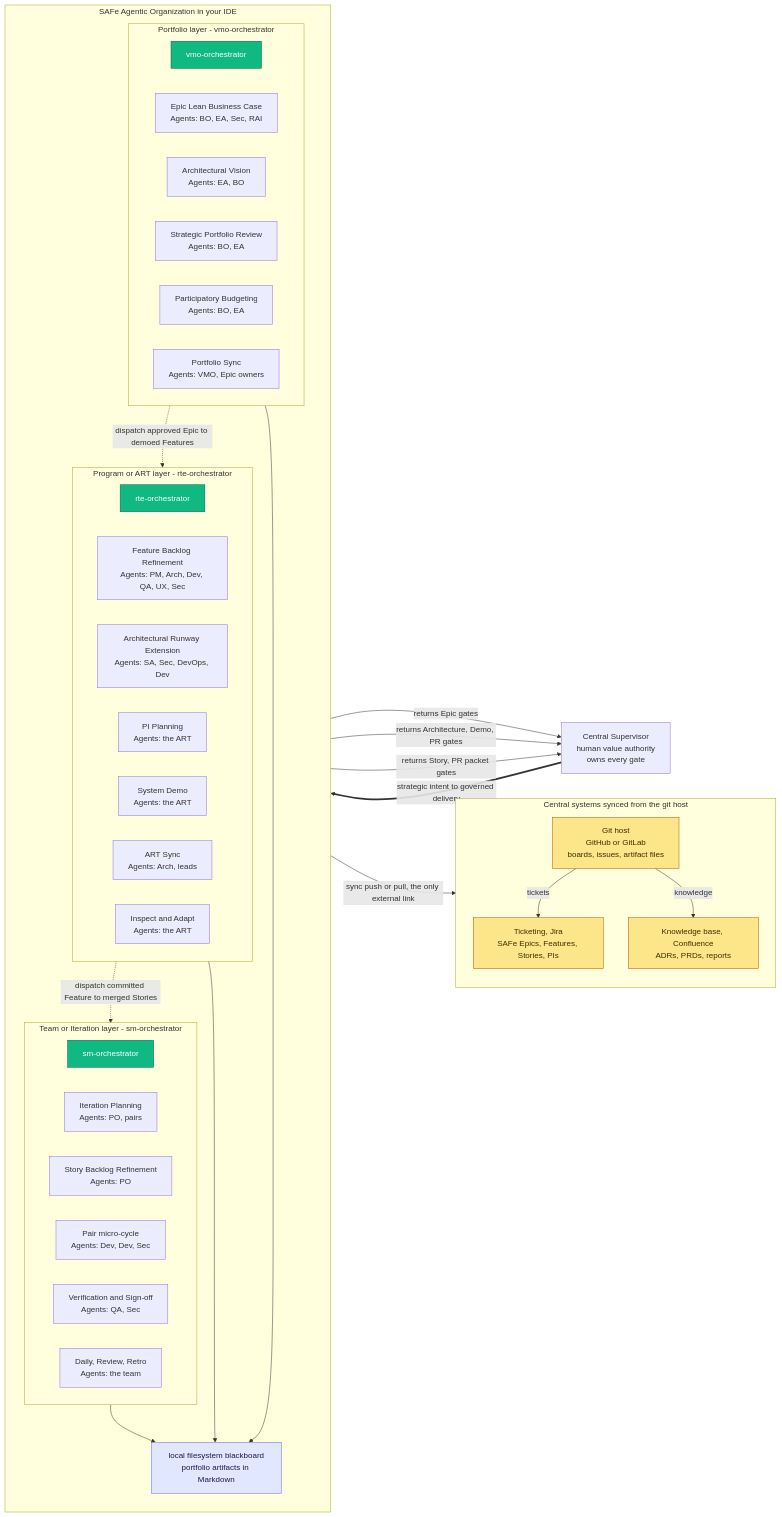
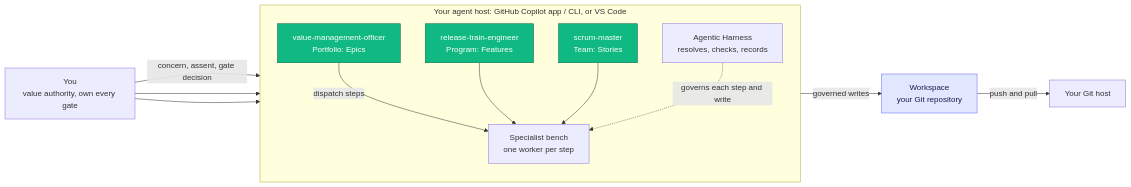
The diagram in saf/index.md (poesis-cloud/pis-documentation-site), drawn with Mermaid before and after one commit. The commit also changed other lines of this file and 18 other files, not shown here.

First line of the commit message:
docs(saf): installation and usage for harness v1.0.0-alpha.1 and organization main (#5)

````diff
--- a/saf/index.md
+++ b/saf/index.md
@@ -29,64 +31,28 @@
 ```mermaid
 flowchart LR
-    CS["Central Supervisor<br/>human value authority<br/>owns every gate"]
-
-    subgraph FW["SAFe Agentic Organization in your IDE"]
+    U["You<br/>value authority, own every gate"]
+    subgraph HOST["Your agent host: GitHub Copilot app / CLI, or VS Code"]
       direction TB
-      subgraph PORT["Portfolio layer - vmo-orchestrator"]
-        direction LR
-        VMO["vmo-orchestrator"]
-        ELBC["Epic Lean Business Case<br/>Agents: BO, EA, Sec, RAI"]
-        AV["Architectural Vision<br/>Agents: EA, BO"]
-        SPR["Strategic Portfolio Review<br/>Agents: BO, EA"]
-        PB["Participatory Budgeting<br/>Agents: BO, EA"]
-        PS["Portfolio Sync<br/>Agents: VMO, Epic owners"]
-      end
-      subgraph PROG["Program or ART layer - rte-orchestrator"]
-        direction LR
-        RTE["rte-orchestrator"]
-        FBR["Feature Backlog Refinement<br/>Agents: PM, Arch, Dev, QA, UX, Sec"]
-        ARE["Architectural Runway Extension<br/>Agents: SA, Sec, DevOps, Dev"]
-        PIP["PI Planning<br/>Agents: the ART"]
-        SD["System Demo<br/>Agents: the ART"]
-        ASY["ART Sync<br/>Agents: Arch, leads"]
-        IA["Inspect and Adapt<br/>Agents: the ART"]
-      end
-      subgraph ITER["Team or Iteration layer - sm-orchestrator"]
-        direction LR
-        SM["sm-orchestrator"]
-        IP["Iteration Planning<br/>Agents: PO, pairs"]
-        SBR["Story Backlog Refinement<br/>Agents: PO"]
-        PAIR["Pair micro-cycle<br/>Agents: Dev, Dev, Sec"]
-        VS["Verification and Sign-off<br/>Agents: QA, Sec"]
-        DSR["Daily, Review, Retro<br/>Agents: the team"]
-      end
-      FSL["local filesystem blackboard<br/>portfolio artifacts in Markdown"]
+      VMO["value-management-officer<br/>Portfolio: Epics"]
+      RTE["release-train-engineer<br/>Program: Features"]
+      SM["scrum-master<br/>Team: Stories"]
+      BENCH["Specialist bench<br/>one worker per step"]
+      H["Agentic Harness<br/>resolves, checks, records"]
     end
-
-    subgraph CENTRAL["Central systems synced from the git host"]
-      direction TB
-      GH["Git host<br/>GitHub or GitLab<br/>boards, issues, artifact files"]
-      JIRA["Ticketing, Jira<br/>SAFe Epics, Features, Stories, PIs"]
-      CONF["Knowledge base, Confluence<br/>ADRs, PRDs, reports"]
-      GH -->|"tickets"| JIRA
-      GH -->|"knowledge"| CONF
-    end
-
-    CS ==>|"strategic intent to governed delivery"| VMO
-    VMO -.->|"dispatch approved Epic to demoed Features"| RTE
-    RTE -.->|"dispatch committed Feature to merged Stories"| SM
-    VMO -->|"returns Epic gates"| CS
-    RTE -->|"returns Architecture, Demo, PR gates"| CS
-    SM -->|"returns Story, PR packet gates"| CS
-    VMO --> FSL
-    RTE --> FSL
-    SM --> FSL
-    FSL -->|"sync push or pull, the only external link"| GH
+    WS["Workspace<br/>your Git repository"]
+    GH["Your Git host"]
+    U -->|"concern, assent, gate decision"| VMO
+    U --> RTE
+    U --> SM
+    VMO -->|"dispatch steps"| BENCH
+    RTE --> BENCH
+    SM --> BENCH
+    H -.->|"governs each step and write"| BENCH
+    BENCH -->|"governed writes"| WS
+    WS -->|"push and pull"| GH
 
     classDef orch fill:#10b981,stroke:#065f46,color:#ffffff;
     classDef fs fill:#e0e7ff,stroke:#6366f1,color:#1e1b4b;
-    classDef ext fill:#fde68a,stroke:#b45309,color:#3f2d00;
     class VMO,RTE,SM orch
-    class FSL fs
-    class GH,JIRA,CONF ext
+    class WS fs
 ```
````
